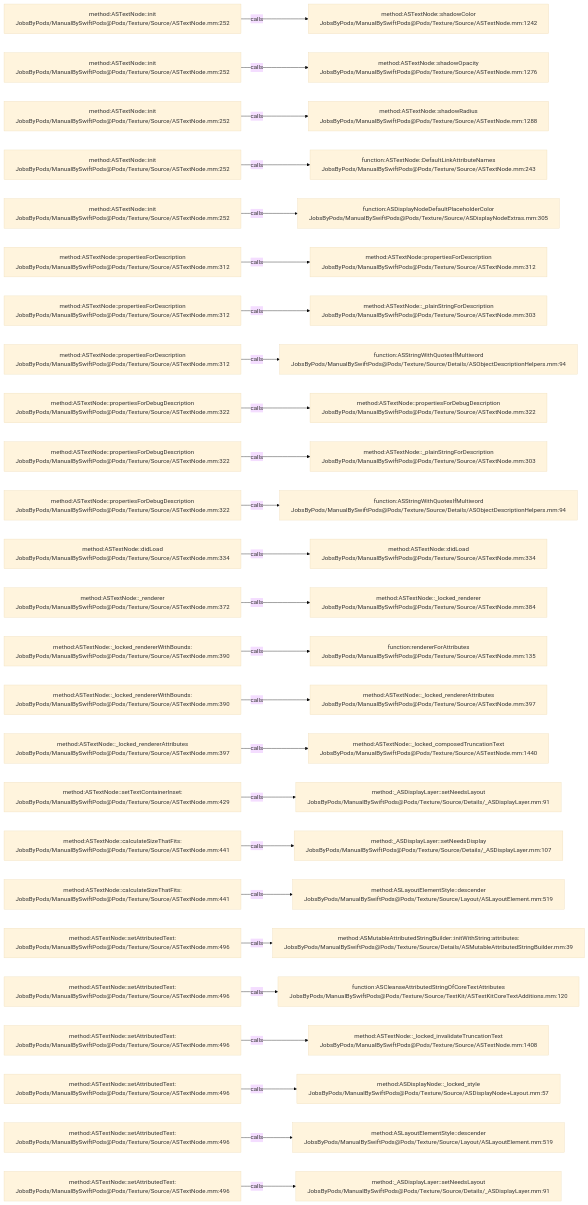
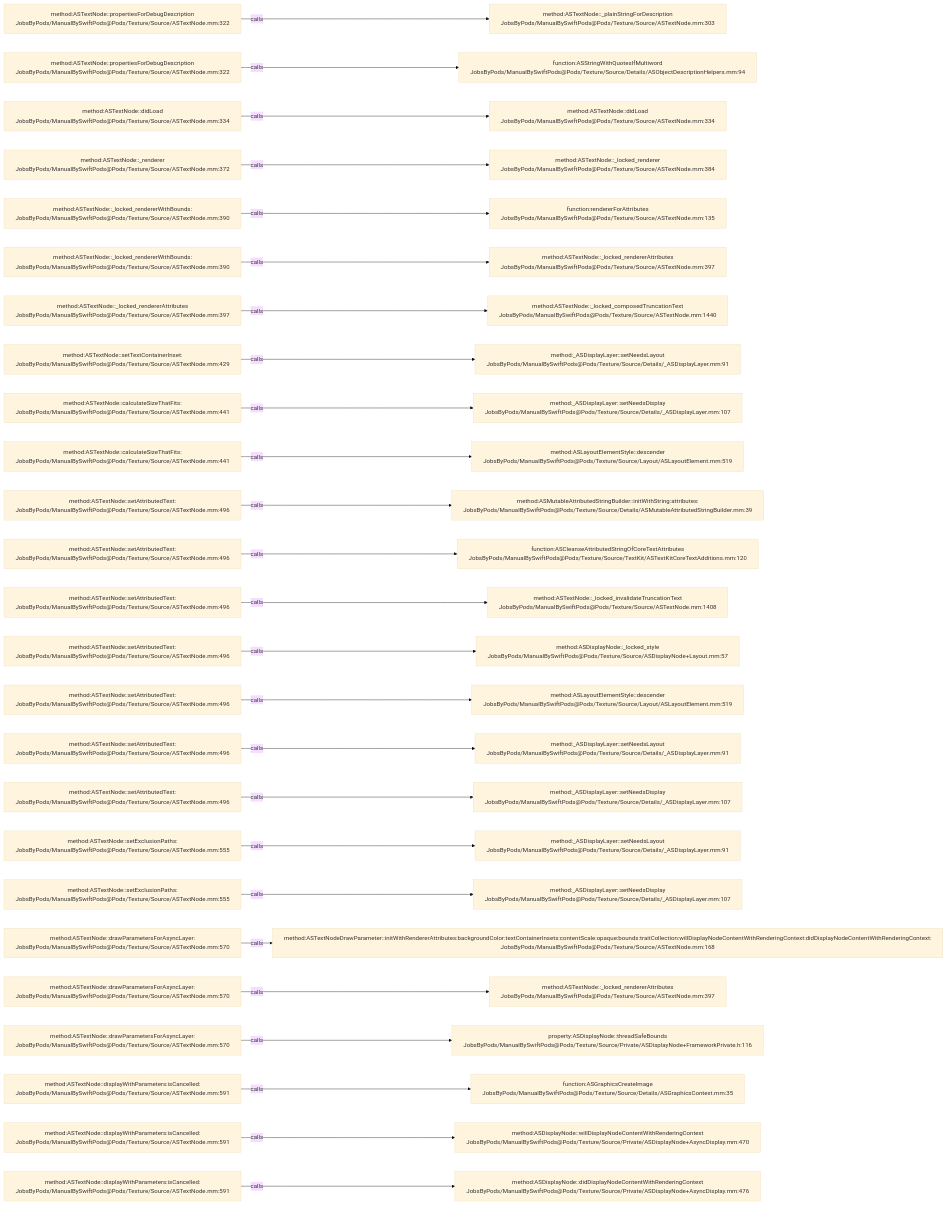
The diagram in .codegraph/codegraph.md/graphs/calls-066.md (JobsKits/JobsSwiftBaseConfigDemo), drawn with Mermaid (base theme) before and after one commit. The commit also changed 707 other files, not shown here.

````diff
--- a/.codegraph/codegraph.md/graphs/calls-066.md
+++ b/.codegraph/codegraph.md/graphs/calls-066.md
@@ -13,78 +13,78 @@
 ```mermaid
 flowchart LR
-  S1["method:ASTextNode::init<br/>JobsByPods/ManualBySwiftPods@Pods/Texture/Source/ASTextNode.mm:252"]
-  T1["method:ASTextNode::shadowColor<br/>JobsByPods/ManualBySwiftPods@Pods/Texture/Source/ASTextNode.mm:1242"]
+  S1["method:ASTextNode::propertiesForDebugDescription<br/>JobsByPods/ManualBySwiftPods@Pods/Texture/Source/ASTextNode.mm:322"]
+  T1["method:ASTextNode::_plainStringForDescription<br/>JobsByPods/ManualBySwiftPods@Pods/Texture/Source/ASTextNode.mm:303"]
   S1 -->|calls| T1
-  S2["method:ASTextNode::init<br/>JobsByPods/ManualBySwiftPods@Pods/Texture/Source/ASTextNode.mm:252"]
-  T2["method:ASTextNode::shadowOpacity<br/>JobsByPods/ManualBySwiftPods@Pods/Texture/Source/ASTextNode.mm:1276"]
+  S2["method:ASTextNode::propertiesForDebugDescription<br/>JobsByPods/ManualBySwiftPods@Pods/Texture/Source/ASTextNode.mm:322"]
+  T2["function:ASStringWithQuotesIfMultiword<br/>JobsByPods/ManualBySwiftPods@Pods/Texture/Source/Details/ASObjectDescriptionHelpers.mm:94"]
   S2 -->|calls| T2
-  S3["method:ASTextNode::init<br/>JobsByPods/ManualBySwiftPods@Pods/Texture/Source/ASTextNode.mm:252"]
-  T3["method:ASTextNode::shadowRadius<br/>JobsByPods/ManualBySwiftPods@Pods/Texture/Source/ASTextNode.mm:1288"]
+  S3["method:ASTextNode::didLoad<br/>JobsByPods/ManualBySwiftPods@Pods/Texture/Source/ASTextNode.mm:334"]
+  T3["method:ASTextNode::didLoad<br/>JobsByPods/ManualBySwiftPods@Pods/Texture/Source/ASTextNode.mm:334"]
   S3 -->|calls| T3
-  S4["method:ASTextNode::init<br/>JobsByPods/ManualBySwiftPods@Pods/Texture/Source/ASTextNode.mm:252"]
-  T4["function:ASTextNode::DefaultLinkAttributeNames<br/>JobsByPods/ManualBySwiftPods@Pods/Texture/Source/ASTextNode.mm:243"]
+  S4["method:ASTextNode::_renderer<br/>JobsByPods/ManualBySwiftPods@Pods/Texture/Source/ASTextNode.mm:372"]
+  T4["method:ASTextNode::_locked_renderer<br/>JobsByPods/ManualBySwiftPods@Pods/Texture/Source/ASTextNode.mm:384"]
   S4 -->|calls| T4
-  S5["method:ASTextNode::init<br/>JobsByPods/ManualBySwiftPods@Pods/Texture/Source/ASTextNode.mm:252"]
-  T5["function:ASDisplayNodeDefaultPlaceholderColor<br/>JobsByPods/ManualBySwiftPods@Pods/Texture/Source/ASDisplayNodeExtras.mm:305"]
+  S5["method:ASTextNode::_locked_rendererWithBounds:<br/>JobsByPods/ManualBySwiftPods@Pods/Texture/Source/ASTextNode.mm:390"]
+  T5["function:rendererForAttributes<br/>JobsByPods/ManualBySwiftPods@Pods/Texture/Source/ASTextNode.mm:135"]
   S5 -->|calls| T5
-  S6["method:ASTextNode::propertiesForDescription<br/>JobsByPods/ManualBySwiftPods@Pods/Texture/Source/ASTextNode.mm:312"]
-  T6["method:ASTextNode::propertiesForDescription<br/>JobsByPods/ManualBySwiftPods@Pods/Texture/Source/ASTextNode.mm:312"]
+  S6["method:ASTextNode::_locked_rendererWithBounds:<br/>JobsByPods/ManualBySwiftPods@Pods/Texture/Source/ASTextNode.mm:390"]
+  T6["method:ASTextNode::_locked_rendererAttributes<br/>JobsByPods/ManualBySwiftPods@Pods/Texture/Source/ASTextNode.mm:397"]
   S6 -->|calls| T6
-  S7["method:ASTextNode::propertiesForDescription<br/>JobsByPods/ManualBySwiftPods@Pods/Texture/Source/ASTextNode.mm:312"]
-  T7["method:ASTextNode::_plainStringForDescription<br/>JobsByPods/ManualBySwiftPods@Pods/Texture/Source/ASTextNode.mm:303"]
+  S7["method:ASTextNode::_locked_rendererAttributes<br/>JobsByPods/ManualBySwiftPods@Pods/Texture/Source/ASTextNode.mm:397"]
+  T7["method:ASTextNode::_locked_composedTruncationText<br/>JobsByPods/ManualBySwiftPods@Pods/Texture/Source/ASTextNode.mm:1440"]
   S7 -->|calls| T7
-  S8["method:ASTextNode::propertiesForDescription<br/>JobsByPods/ManualBySwiftPods@Pods/Texture/Source/ASTextNode.mm:312"]
-  T8["function:ASStringWithQuotesIfMultiword<br/>JobsByPods/ManualBySwiftPods@Pods/Texture/Source/Details/ASObjectDescriptionHelpers.mm:94"]
+  S8["method:ASTextNode::setTextContainerInset:<br/>JobsByPods/ManualBySwiftPods@Pods/Texture/Source/ASTextNode.mm:429"]
+  T8["method:_ASDisplayLayer::setNeedsLayout<br/>JobsByPods/ManualBySwiftPods@Pods/Texture/Source/Details/_ASDisplayLayer.mm:91"]
   S8 -->|calls| T8
-  S9["method:ASTextNode::propertiesForDebugDescription<br/>JobsByPods/ManualBySwiftPods@Pods/Texture/Source/ASTextNode.mm:322"]
-  T9["method:ASTextNode::propertiesForDebugDescription<br/>JobsByPods/ManualBySwiftPods@Pods/Texture/Source/ASTextNode.mm:322"]
+  S9["method:ASTextNode::calculateSizeThatFits:<br/>JobsByPods/ManualBySwiftPods@Pods/Texture/Source/ASTextNode.mm:441"]
+  T9["method:_ASDisplayLayer::setNeedsDisplay<br/>JobsByPods/ManualBySwiftPods@Pods/Texture/Source/Details/_ASDisplayLayer.mm:107"]
   S9 -->|calls| T9
-  S10["method:ASTextNode::propertiesForDebugDescription<br/>JobsByPods/ManualBySwiftPods@Pods/Texture/Source/ASTextNode.mm:322"]
-  T10["method:ASTextNode::_plainStringForDescription<br/>JobsByPods/ManualBySwiftPods@Pods/Texture/Source/ASTextNode.mm:303"]
+  S10["method:ASTextNode::calculateSizeThatFits:<br/>JobsByPods/ManualBySwiftPods@Pods/Texture/Source/ASTextNode.mm:441"]
+  T10["method:ASLayoutElementStyle::descender<br/>JobsByPods/ManualBySwiftPods@Pods/Texture/Source/Layout/ASLayoutElement.mm:519"]
   S10 -->|calls| T10
-  S11["method:ASTextNode::propertiesForDebugDescription<br/>JobsByPods/ManualBySwiftPods@Pods/Texture/Source/ASTextNode.mm:322"]
-  T11["function:ASStringWithQuotesIfMultiword<br/>JobsByPods/ManualBySwiftPods@Pods/Texture/Source/Details/ASObjectDescriptionHelpers.mm:94"]
+  S11["method:ASTextNode::setAttributedText:<br/>JobsByPods/ManualBySwiftPods@Pods/Texture/Source/ASTextNode.mm:496"]
+  T11["method:ASMutableAttributedStringBuilder::initWithString:attributes:<br/>JobsByPods/ManualBySwiftPods@Pods/Texture/Source/Details/ASMutableAttributedStringBuilder.mm:39"]
   S11 -->|calls| T11
-  S12["method:ASTextNode::didLoad<br/>JobsByPods/ManualBySwiftPods@Pods/Texture/Source/ASTextNode.mm:334"]
-  T12["method:ASTextNode::didLoad<br/>JobsByPods/ManualBySwiftPods@Pods/Texture/Source/ASTextNode.mm:334"]
+  S12["method:ASTextNode::setAttributedText:<br/>JobsByPods/ManualBySwiftPods@Pods/Texture/Source/ASTextNode.mm:496"]
+  T12["function:ASCleanseAttributedStringOfCoreTextAttributes<br/>JobsByPods/ManualBySwiftPods@Pods/Texture/Source/TextKit/ASTextKitCoreTextAdditions.mm:120"]
   S12 -->|calls| T12
-  S13["method:ASTextNode::_renderer<br/>JobsByPods/ManualBySwiftPods@Pods/Texture/Source/ASTextNode.mm:372"]
-  T13["method:ASTextNode::_locked_renderer<br/>JobsByPods/ManualBySwiftPods@Pods/Texture/Source/ASTextNode.mm:384"]
+  S13["method:ASTextNode::setAttributedText:<br/>JobsByPods/ManualBySwiftPods@Pods/Texture/Source/ASTextNode.mm:496"]
+  T13["method:ASTextNode::_locked_invalidateTruncationText<br/>JobsByPods/ManualBySwiftPods@Pods/Texture/Source/ASTextNode.mm:1408"]
   S13 -->|calls| T13
-  S14["method:ASTextNode::_locked_rendererWithBounds:<br/>JobsByPods/ManualBySwiftPods@Pods/Texture/Source/ASTextNode.mm:390"]
-  T14["function:rendererForAttributes<br/>JobsByPods/ManualBySwiftPods@Pods/Texture/Source/ASTextNode.mm:135"]
+  S14["method:ASTextNode::setAttributedText:<br/>JobsByPods/ManualBySwiftPods@Pods/Texture/Source/ASTextNode.mm:496"]
+  T14["method:ASDisplayNode::_locked_style<br/>JobsByPods/ManualBySwiftPods@Pods/Texture/Source/ASDisplayNode+Layout.mm:57"]
   S14 -->|calls| T14
-  S15["method:ASTextNode::_locked_rendererWithBounds:<br/>JobsByPods/ManualBySwiftPods@Pods/Texture/Source/ASTextNode.mm:390"]
-  T15["method:ASTextNode::_locked_rendererAttributes<br/>JobsByPods/ManualBySwiftPods@Pods/Texture/Source/ASTextNode.mm:397"]
+  S15["method:ASTextNode::setAttributedText:<br/>JobsByPods/ManualBySwiftPods@Pods/Texture/Source/ASTextNode.mm:496"]
+  T15["method:ASLayoutElementStyle::descender<br/>JobsByPods/ManualBySwiftPods@Pods/Texture/Source/Layout/ASLayoutElement.mm:519"]
   S15 -->|calls| T15
-  S16["method:ASTextNode::_locked_rendererAttributes<br/>JobsByPods/ManualBySwiftPods@Pods/Texture/Source/ASTextNode.mm:397"]
-  T16["method:ASTextNode::_locked_composedTruncationText<br/>JobsByPods/ManualBySwiftPods@Pods/Texture/Source/ASTextNode.mm:1440"]
+  S16["method:ASTextNode::setAttributedText:<br/>JobsByPods/ManualBySwiftPods@Pods/Texture/Source/ASTextNode.mm:496"]
+  T16["method:_ASDisplayLayer::setNeedsLayout<br/>JobsByPods/ManualBySwiftPods@Pods/Texture/Source/Details/_ASDisplayLayer.mm:91"]
   S16 -->|calls| T16
-  S17["method:ASTextNode::setTextContainerInset:<br/>JobsByPods/ManualBySwiftPods@Pods/Texture/Source/ASTextNode.mm:429"]
-  T17["method:_ASDisplayLayer::setNeedsLayout<br/>JobsByPods/ManualBySwiftPods@Pods/Texture/Source/Details/_ASDisplayLayer.mm:91"]
+  S17["method:ASTextNode::setAttributedText:<br/>JobsByPods/ManualBySwiftPods@Pods/Texture/Source/ASTextNode.mm:496"]
+  T17["method:_ASDisplayLayer::setNeedsDisplay<br/>JobsByPods/ManualBySwiftPods@Pods/Texture/Source/Details/_ASDisplayLayer.mm:107"]
   S17 -->|calls| T17
-  S18["method:ASTextNode::calculateSizeThatFits:<br/>JobsByPods/ManualBySwiftPods@Pods/Texture/Source/ASTextNode.mm:441"]
-  T18["method:_ASDisplayLayer::setNeedsDisplay<br/>JobsByPods/ManualBySwiftPods@Pods/Texture/Source/Details/_ASDisplayLayer.mm:107"]
+  S18["method:ASTextNode::setExclusionPaths:<br/>JobsByPods/ManualBySwiftPods@Pods/Texture/Source/ASTextNode.mm:555"]
+  T18["method:_ASDisplayLayer::setNeedsLayout<br/>JobsByPods/ManualBySwiftPods@Pods/Texture/Source/Details/_ASDisplayLayer.mm:91"]
   S18 -->|calls| T18
-  S19["method:ASTextNode::calculateSizeThatFits:<br/>JobsByPods/ManualBySwiftPods@Pods/Texture/Source/ASTextNode.mm:441"]
-  T19["method:ASLayoutElementStyle::descender<br/>JobsByPods/ManualBySwiftPods@Pods/Texture/Source/Layout/ASLayoutElement.mm:519"]
+  S19["method:ASTextNode::setExclusionPaths:<br/>JobsByPods/ManualBySwiftPods@Pods/Texture/Source/ASTextNode.mm:555"]
+  T19["method:_ASDisplayLayer::setNeedsDisplay<br/>JobsByPods/ManualBySwiftPods@Pods/Texture/Source/Details/_ASDisplayLayer.mm:107"]
   S19 -->|calls| T19
-  S20["method:ASTextNode::setAttributedText:<br/>JobsByPods/ManualBySwiftPods@Pods/Texture/Source/ASTextNode.mm:496"]
-  T20["method:ASMutableAttributedStringBuilder::initWithString:attributes:<br/>JobsByPods/ManualBySwiftPods@Pods/Texture/Source/Details/ASMutableAttributedStringBuilder.mm:39"]
+  S20["method:ASTextNode::drawParametersForAsyncLayer:<br/>JobsByPods/ManualBySwiftPods@Pods/Texture/Source/ASTextNode.mm:570"]
+  T20["method:ASTextNodeDrawParameter::initWithRendererAttributes:backgroundColor:textContainerInsets:contentScale:opaque:bounds:traitCollection:willDisplayNodeContentWithRenderingContext:didDisplayNodeContentWithRenderingContext:<br/>JobsByPods/ManualBySwiftPods@Pods/Texture/Source/ASTextNode.mm:168"]
   S20 -->|calls| T20
-  S21["method:ASTextNode::setAttributedText:<br/>JobsByPods/ManualBySwiftPods@Pods/Texture/Source/ASTextNode.mm:496"]
-  T21["function:ASCleanseAttributedStringOfCoreTextAttributes<br/>JobsByPods/ManualBySwiftPods@Pods/Texture/Source/TextKit/ASTextKitCoreTextAdditions.mm:120"]
+  S21["method:ASTextNode::drawParametersForAsyncLayer:<br/>JobsByPods/ManualBySwiftPods@Pods/Texture/Source/ASTextNode.mm:570"]
+  T21["method:ASTextNode::_locked_rendererAttributes<br/>JobsByPods/ManualBySwiftPods@Pods/Texture/Source/ASTextNode.mm:397"]
   S21 -->|calls| T21
-  S22["method:ASTextNode::setAttributedText:<br/>JobsByPods/ManualBySwiftPods@Pods/Texture/Source/ASTextNode.mm:496"]
-  T22["method:ASTextNode::_locked_invalidateTruncationText<br/>JobsByPods/ManualBySwiftPods@Pods/Texture/Source/ASTextNode.mm:1408"]
+  S22["method:ASTextNode::drawParametersForAsyncLayer:<br/>JobsByPods/ManualBySwiftPods@Pods/Texture/Source/ASTextNode.mm:570"]
+  T22["property:ASDisplayNode::threadSafeBounds<br/>JobsByPods/ManualBySwiftPods@Pods/Texture/Source/Private/ASDisplayNode+FrameworkPrivate.h:116"]
   S22 -->|calls| T22
-  S23["method:ASTextNode::setAttributedText:<br/>JobsByPods/ManualBySwiftPods@Pods/Texture/Source/ASTextNode.mm:496"]
-  T23["method:ASDisplayNode::_locked_style<br/>JobsByPods/ManualBySwiftPods@Pods/Texture/Source/ASDisplayNode+Layout.mm:57"]
+  S23["method:ASTextNode::displayWithParameters:isCancelled:<br/>JobsByPods/ManualBySwiftPods@Pods/Texture/Source/ASTextNode.mm:591"]
+  T23["function:ASGraphicsCreateImage<br/>JobsByPods/ManualBySwiftPods@Pods/Texture/Source/Details/ASGraphicsContext.mm:35"]
   S23 -->|calls| T23
-  S24["method:ASTextNode::setAttributedText:<br/>JobsByPods/ManualBySwiftPods@Pods/Texture/Source/ASTextNode.mm:496"]
-  T24["method:ASLayoutElementStyle::descender<br/>JobsByPods/ManualBySwiftPods@Pods/Texture/Source/Layout/ASLayoutElement.mm:519"]
+  S24["method:ASTextNode::displayWithParameters:isCancelled:<br/>JobsByPods/ManualBySwiftPods@Pods/Texture/Source/ASTextNode.mm:591"]
+  T24["method:ASDisplayNode::willDisplayNodeContentWithRenderingContext<br/>JobsByPods/ManualBySwiftPods@Pods/Texture/Source/Private/ASDisplayNode+AsyncDisplay.mm:470"]
   S24 -->|calls| T24
-  S25["method:ASTextNode::setAttributedText:<br/>JobsByPods/ManualBySwiftPods@Pods/Texture/Source/ASTextNode.mm:496"]
-  T25["method:_ASDisplayLayer::setNeedsLayout<br/>JobsByPods/ManualBySwiftPods@Pods/Texture/Source/Details/_ASDisplayLayer.mm:91"]
+  S25["method:ASTextNode::displayWithParameters:isCancelled:<br/>JobsByPods/ManualBySwiftPods@Pods/Texture/Source/ASTextNode.mm:591"]
+  T25["method:ASDisplayNode::didDisplayNodeContentWithRenderingContext<br/>JobsByPods/ManualBySwiftPods@Pods/Texture/Source/Private/ASDisplayNode+AsyncDisplay.mm:476"]
   S25 -->|calls| T25
 ```
````
